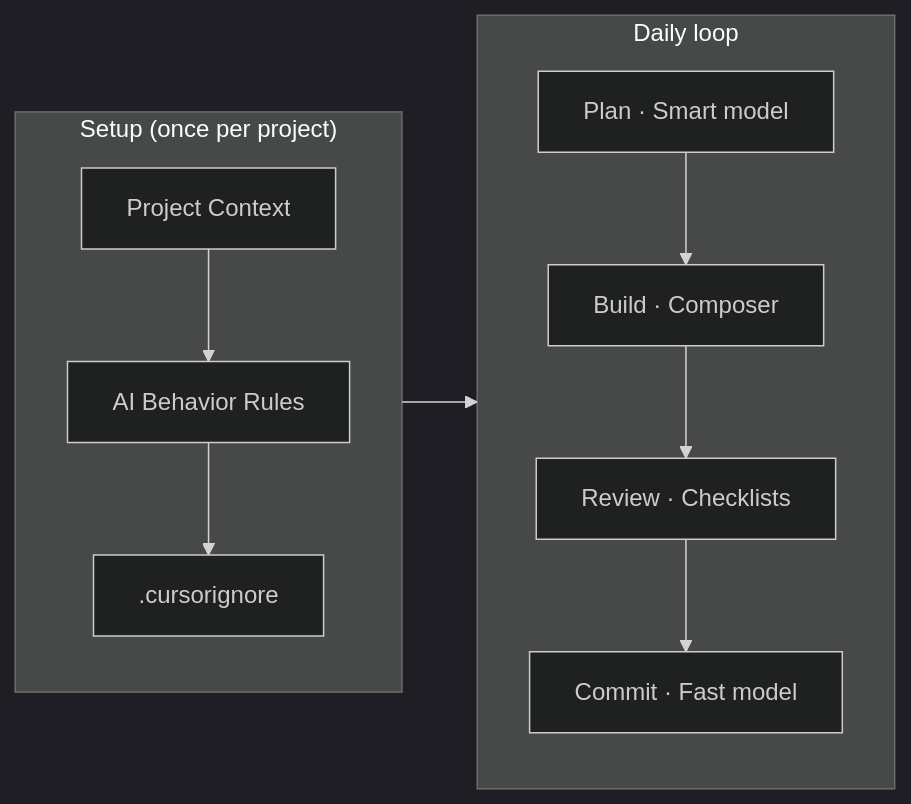
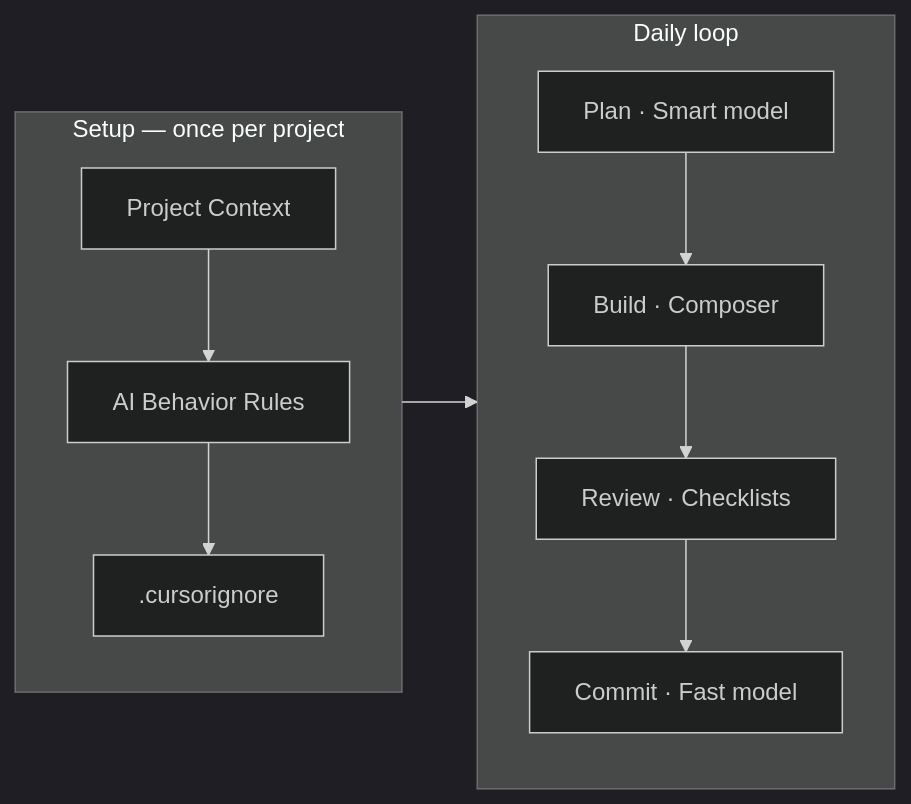
One commit to hashem-cruncher/cursor-playbook changed the first of 6 diagrams in README.md. Above: the diagram before and after it, drawn with Mermaid (dark theme). The commit also changed other lines of this file, not shown here.

Commit message:
docs: refine README with enhanced formatting, improved section descriptions, and clearer project initialization flow for better usability

````diff
--- a/README.md
+++ b/README.md
@@ -21,15 +23,15 @@
 ```mermaid
 flowchart LR
-    subgraph setup ["Setup (once per project)"]
-        A[Project Context] --> B[AI Behavior Rules]
-        B --> C[.cursorignore]
+    subgraph setup ["Setup — once per project"]
+        A["Project Context"] --> B["AI Behavior Rules"]
+        B --> C[".cursorignore"]
     end
 
     subgraph daily ["Daily loop"]
-        D[Plan · Smart model] --> E[Build · Composer]
-        E --> F[Review · Checklists]
-        F --> G[Commit · Fast model]
+        D["Plan · Smart model"] --> E["Build · Composer"]
+        E --> F["Review · Checklists"]
+        F --> G["Commit · Fast model"]
     end
 
     setup --> daily
 ```
````
